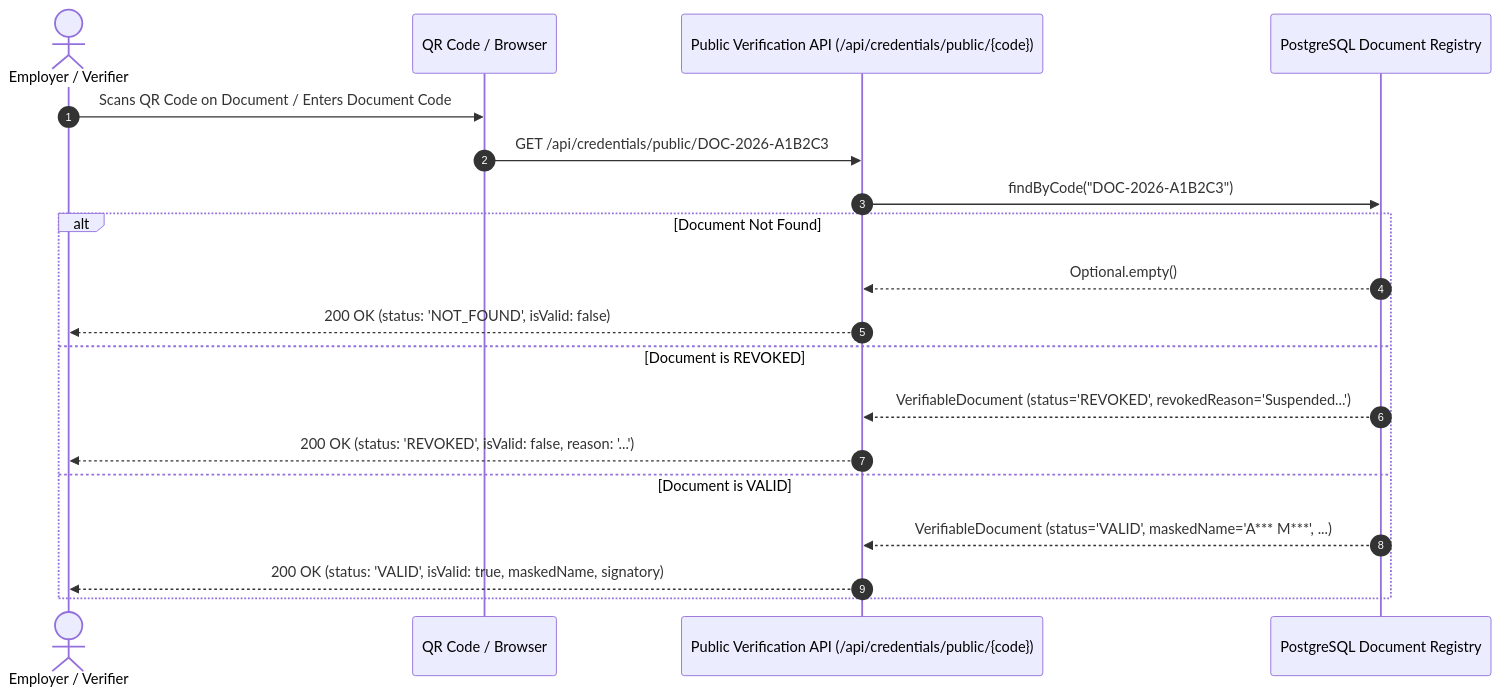
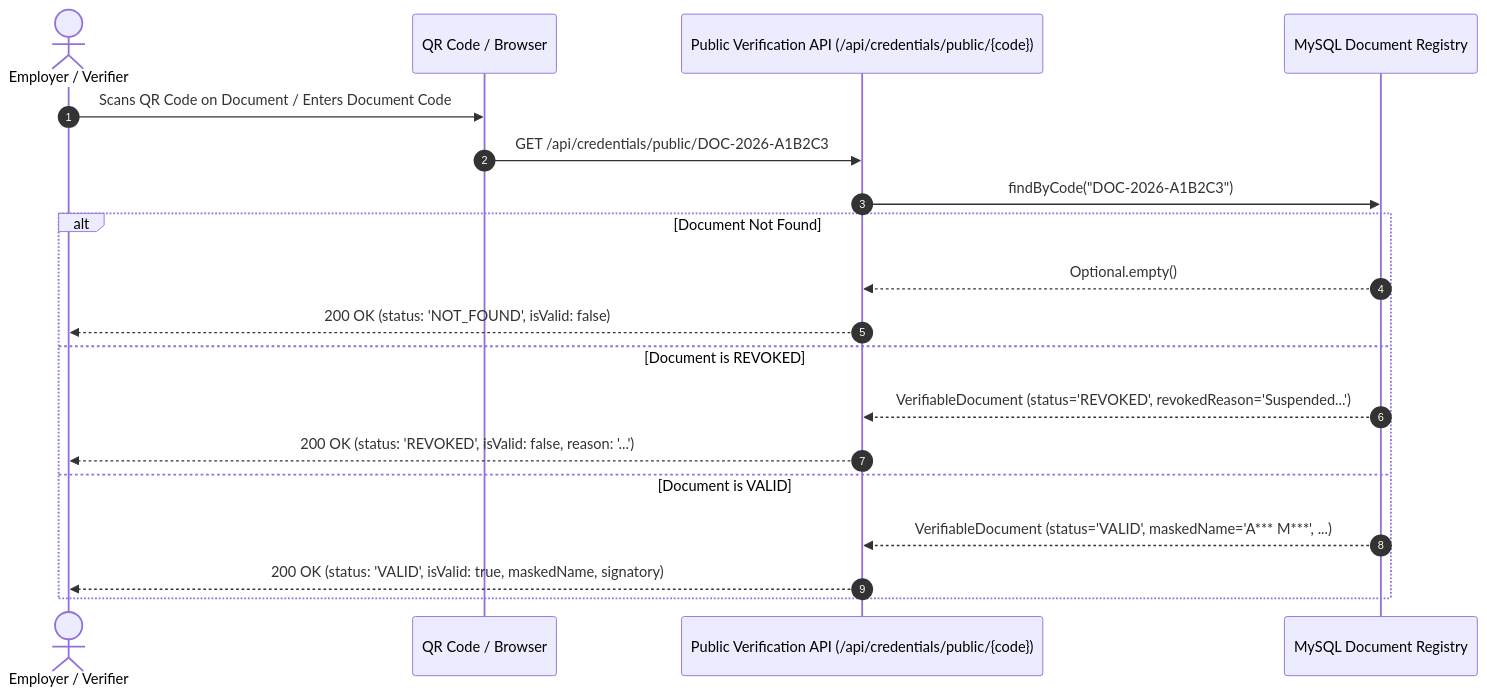
One commit to vaishnavibodakhe/IntelliCampus changed the third of 3 diagrams in docs/SECURITY_AUDIT.md. Above: the diagram before and after it, drawn with Mermaid. The commit also changed 3 other files, not shown here.

````diff
--- a/docs/SECURITY_AUDIT.md
+++ b/docs/SECURITY_AUDIT.md
@@ -96,23 +96,23 @@
 ```mermaid
 sequenceDiagram
     autonumber
     actor Verifier as Employer / Verifier
     participant Scanner as QR Code / Browser
     participant API as Public Verification API (/api/credentials/public/{code})
-    participant DB as PostgreSQL Document Registry
+    participant DB as MySQL Document Registry
 
     Verifier->>Scanner: Scans QR Code on Document / Enters Document Code
     Scanner->>API: GET /api/credentials/public/DOC-2026-A1B2C3
     API->>DB: findByCode("DOC-2026-A1B2C3")
 
     alt Document Not Found
         DB-->>API: Optional.empty()
         API-->>Verifier: 200 OK (status: 'NOT_FOUND', isValid: false)
     else Document is REVOKED
         DB-->>API: VerifiableDocument (status='REVOKED', revokedReason='Suspended...')
         API-->>Verifier: 200 OK (status: 'REVOKED', isValid: false, reason: '...')
     else Document is VALID
         DB-->>API: VerifiableDocument (status='VALID', maskedName='A*** M***', ...)
         API-->>Verifier: 200 OK (status: 'VALID', isValid: true, maskedName, signatory)
     end
 ```
````
